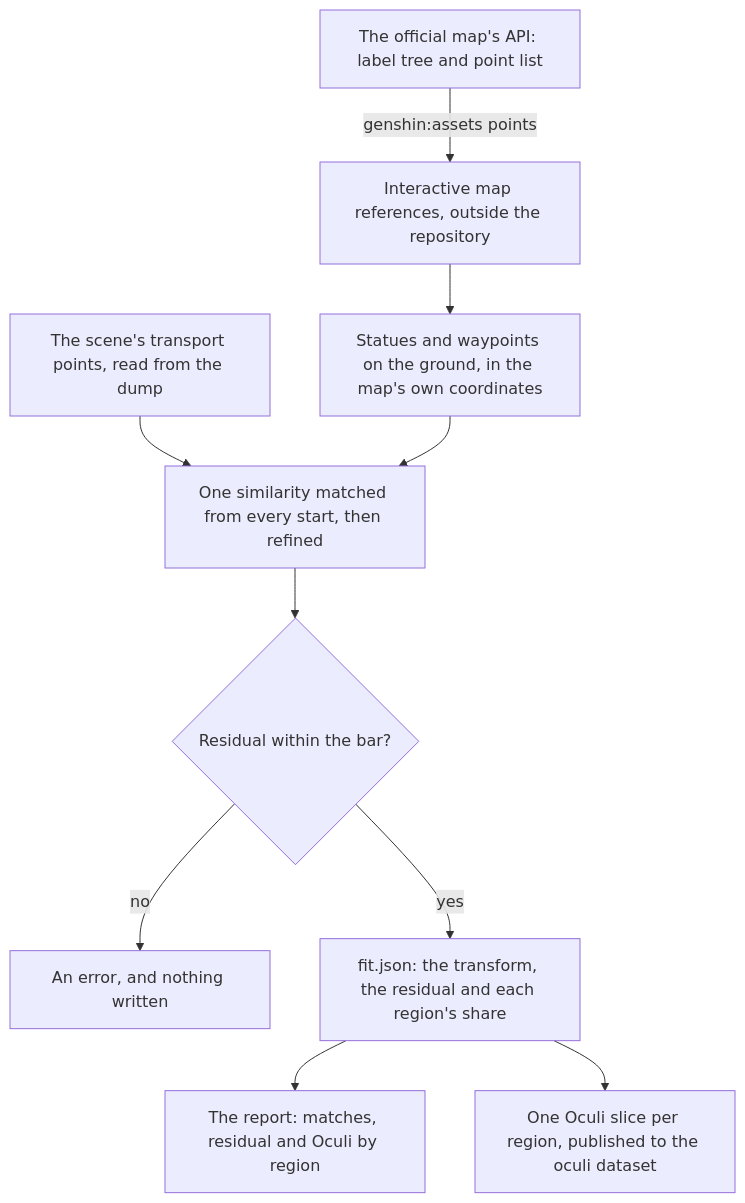
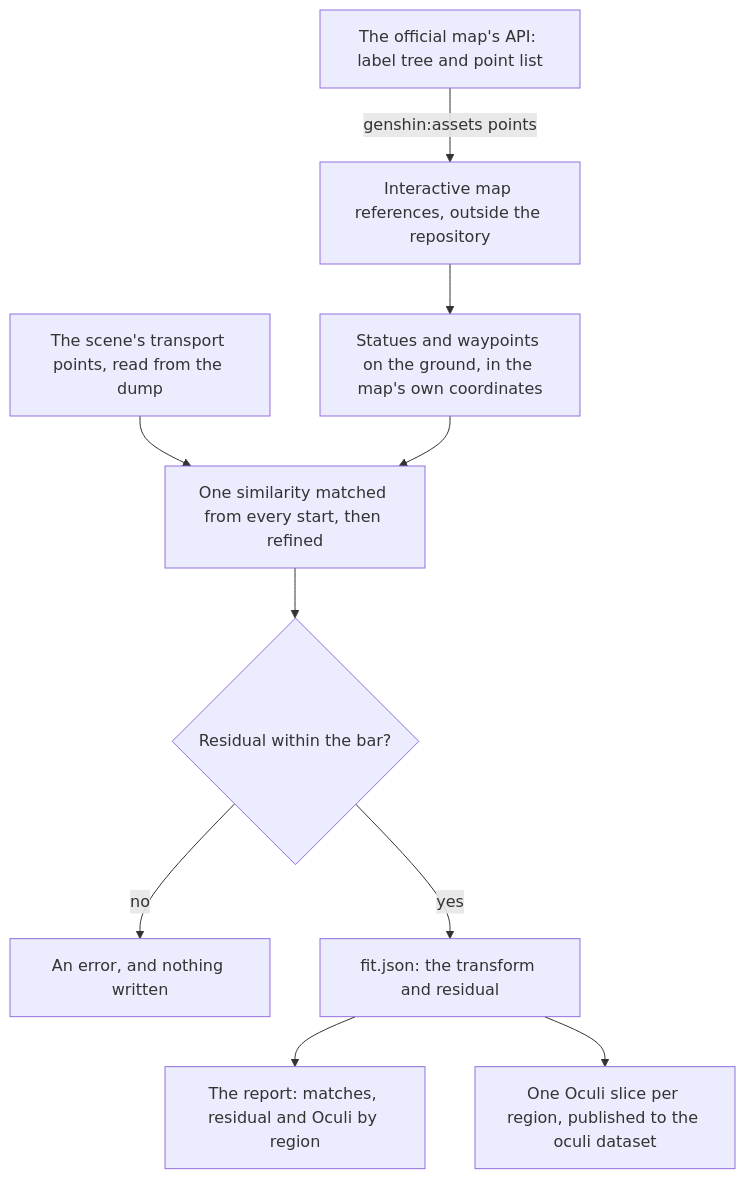
The diagram in openspec/specs/genshin/spawned-places/design.md (Esposter/Esposter), drawn with Mermaid before and after one commit. The commit also changed other lines of this file and 13 other files, not shown here.

````diff
--- a/openspec/specs/genshin/spawned-places/design.md
+++ b/openspec/specs/genshin/spawned-places/design.md
@@ -7,12 +7,12 @@
 ```mermaid
 flowchart TD
   API["The official map's API: label tree and point list"] -->|"genshin:assets points"| REF["Interactive map references, outside the repository"]
   REF --> ANCHORS["Statues and waypoints on the ground, in the map's own coordinates"]
   SCENE["The scene's transport points, read from the dump"] --> MATCH
   ANCHORS --> MATCH["One similarity matched from every start, then refined"]
   MATCH --> GATE{"Residual within the bar?"}
   GATE -->|"no"| STOP["An error, and nothing written"]
-  GATE -->|"yes"| FILE["fit.json: the transform, the residual and each region's share"]
+  GATE -->|"yes"| FILE["fit.json: the transform and residual"]
   FILE --> REPORT["The report: matches, residual and Oculi by region"]
   FILE --> SLICES["One Oculi slice per region, published to the oculi dataset"]
 ```
````
